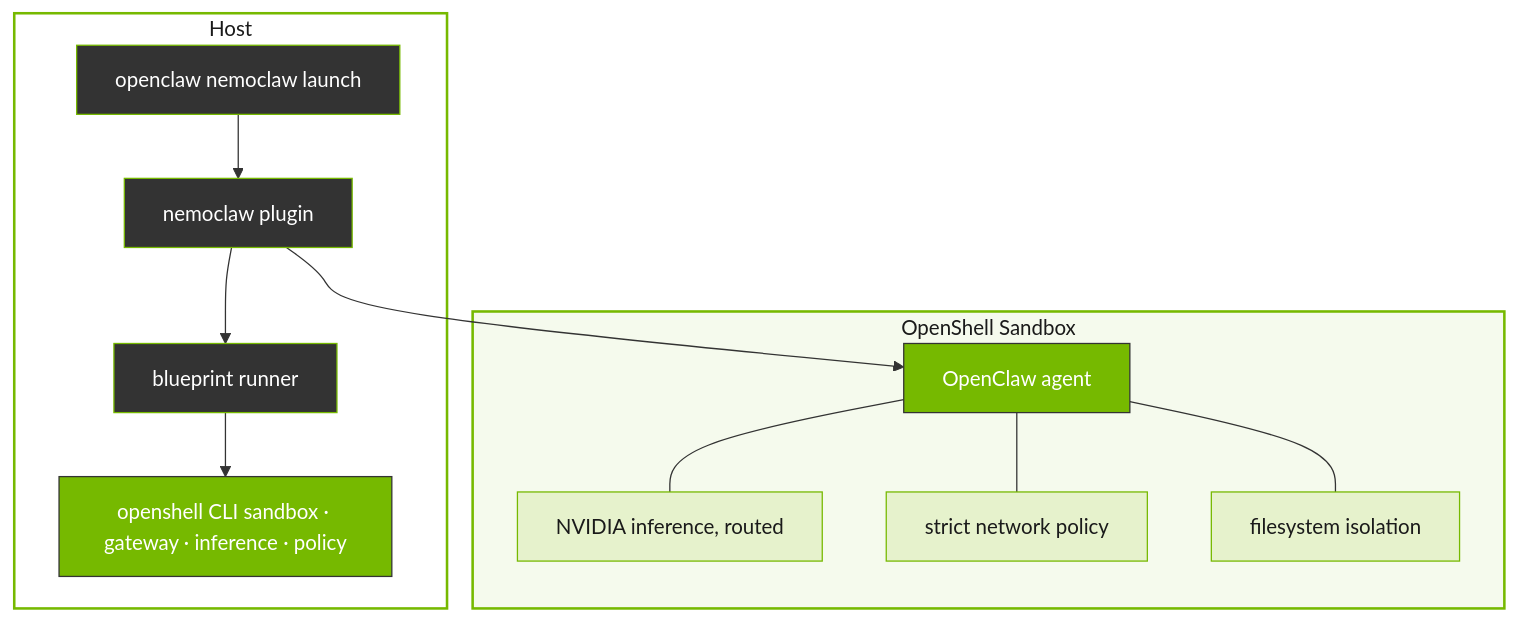
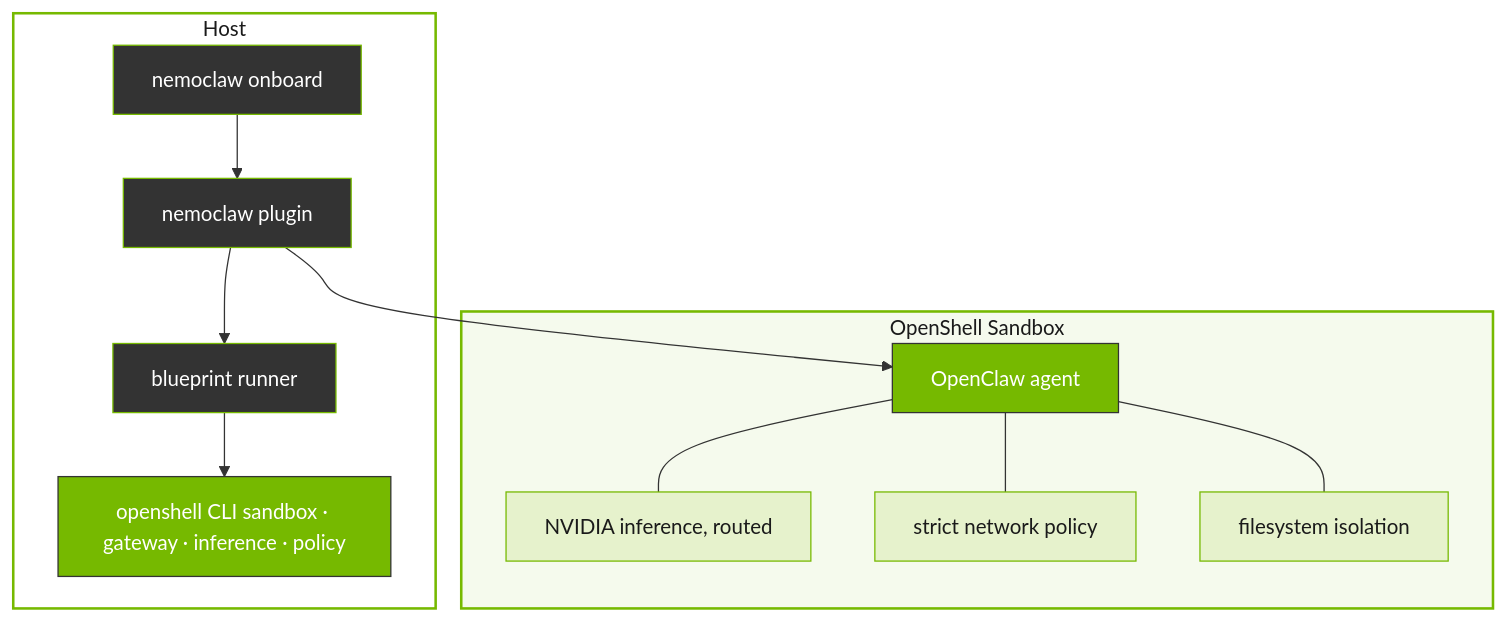
Before and after one commit to NVIDIA/NemoClaw: the diagram in docs/about/how-it-works.md, drawn with Mermaid. The commit also changed other lines of this file, not shown here.

````diff
--- a/docs/about/how-it-works.md
+++ b/docs/about/how-it-works.md
@@ -31,38 +31,38 @@
 ```{mermaid}
 flowchart TB
     subgraph Host
-        CMD["openclaw nemoclaw launch"]
+        CMD["nemoclaw onboard"]
         PLUGIN[nemoclaw plugin]
         BLUEPRINT[blueprint runner]
         CLI["openshell CLI sandbox · gateway · inference · policy"]
 
         CMD --> PLUGIN
         PLUGIN --> BLUEPRINT
         BLUEPRINT --> CLI
     end
 
     subgraph Sandbox["OpenShell Sandbox"]
         AGENT[OpenClaw agent]
         INF[NVIDIA inference, routed]
         NET[strict network policy]
         FS[filesystem isolation]
 
         AGENT --- INF
         AGENT --- NET
         AGENT --- FS
     end
 
     PLUGIN --> AGENT
 
     classDef nv fill:#76b900,stroke:#333,color:#fff
     classDef nvLight fill:#e6f2cc,stroke:#76b900,color:#1a1a1a
     classDef nvDark fill:#333,stroke:#76b900,color:#fff
 
     class CMD,PLUGIN,BLUEPRINT nvDark
     class CLI nv
     class AGENT nv
     class INF,NET,FS nvLight
 
     style Host fill:none,stroke:#76b900,stroke-width:2px,color:#1a1a1a
     style Sandbox fill:#f5faed,stroke:#76b900,stroke-width:2px,color:#1a1a1a
 ```
````
